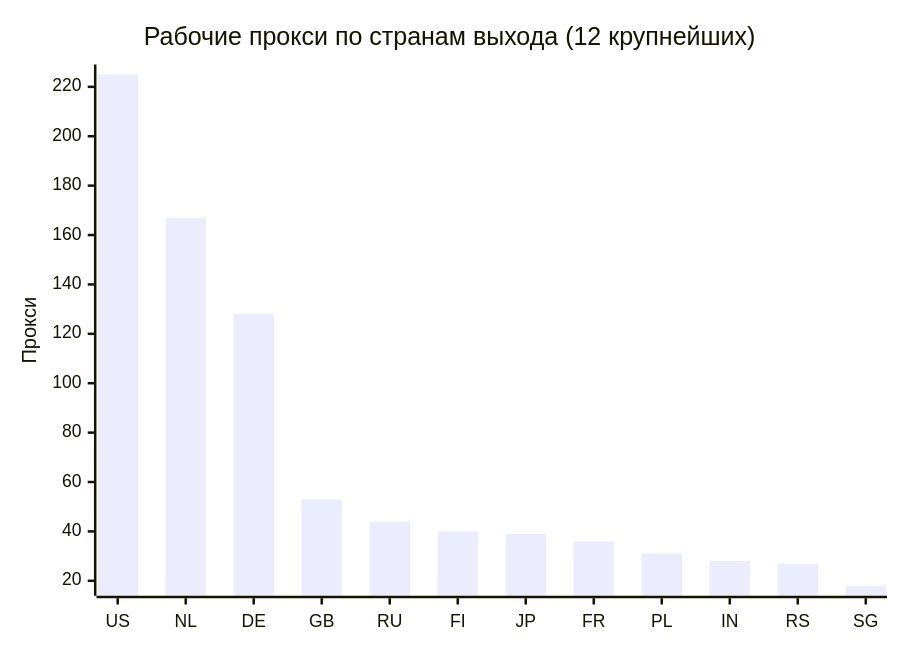
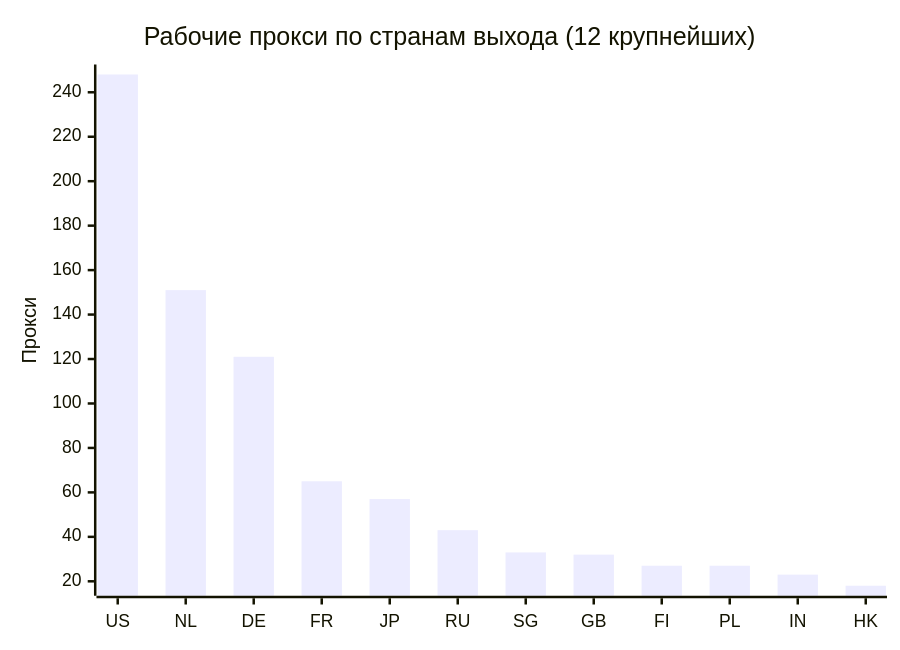
Before and after one commit to rvvg/proxy-subs: the second of 4 diagrams in README.md, drawn with Mermaid. The commit also changed other lines of this file and 56 other files, not shown here.

````diff
--- a/README.md
+++ b/README.md
@@ -137,7 +130,7 @@
 ```mermaid
 xychart-beta
     title "Рабочие прокси по странам выхода (12 крупнейших)"
-    x-axis ["US", "NL", "DE", "GB", "RU", "FI", "JP", "FR", "PL", "IN", "RS", "SG"]
+    x-axis ["US", "NL", "DE", "FR", "JP", "RU", "SG", "GB", "FI", "PL", "IN", "HK"]
     y-axis "Прокси"
-    bar [225, 167, 128, 53, 44, 40, 39, 36, 31, 28, 27, 18]
+    bar [248, 151, 121, 65, 57, 43, 33, 32, 27, 27, 23, 18]
 ```
````
